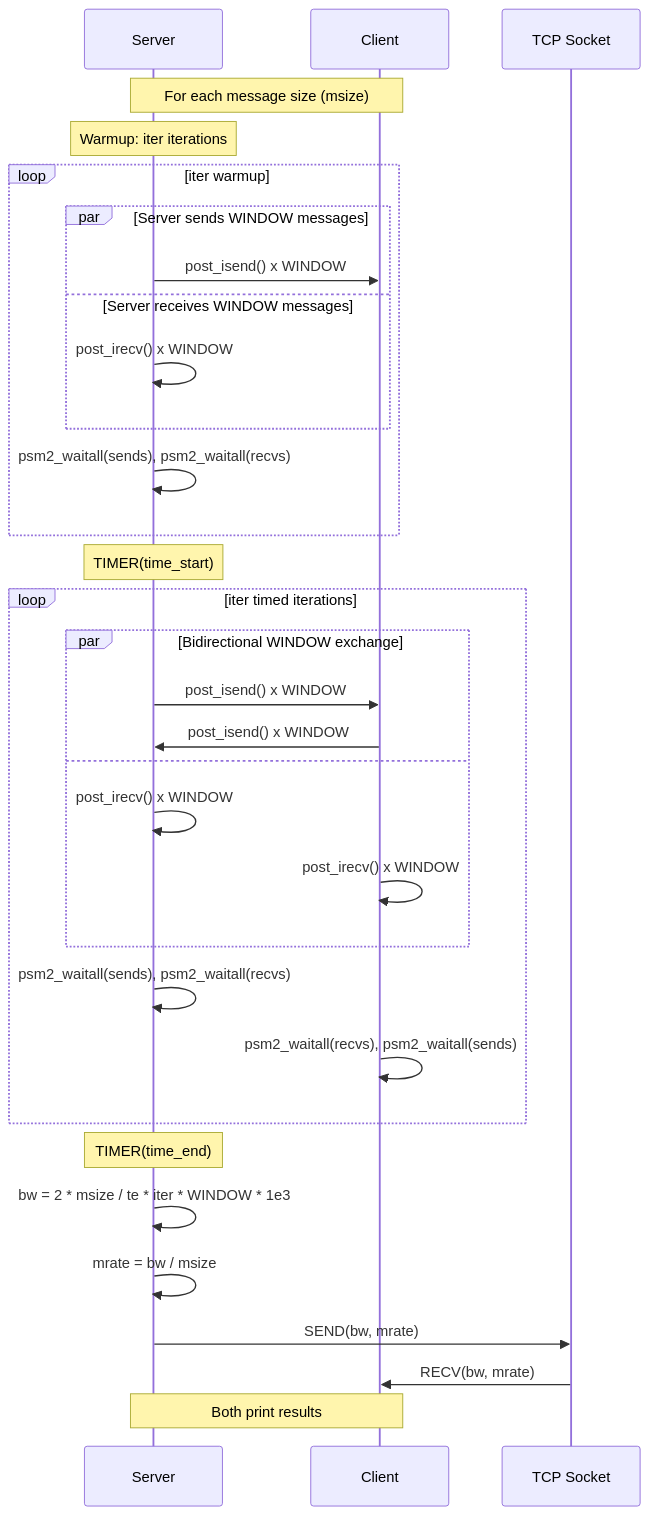
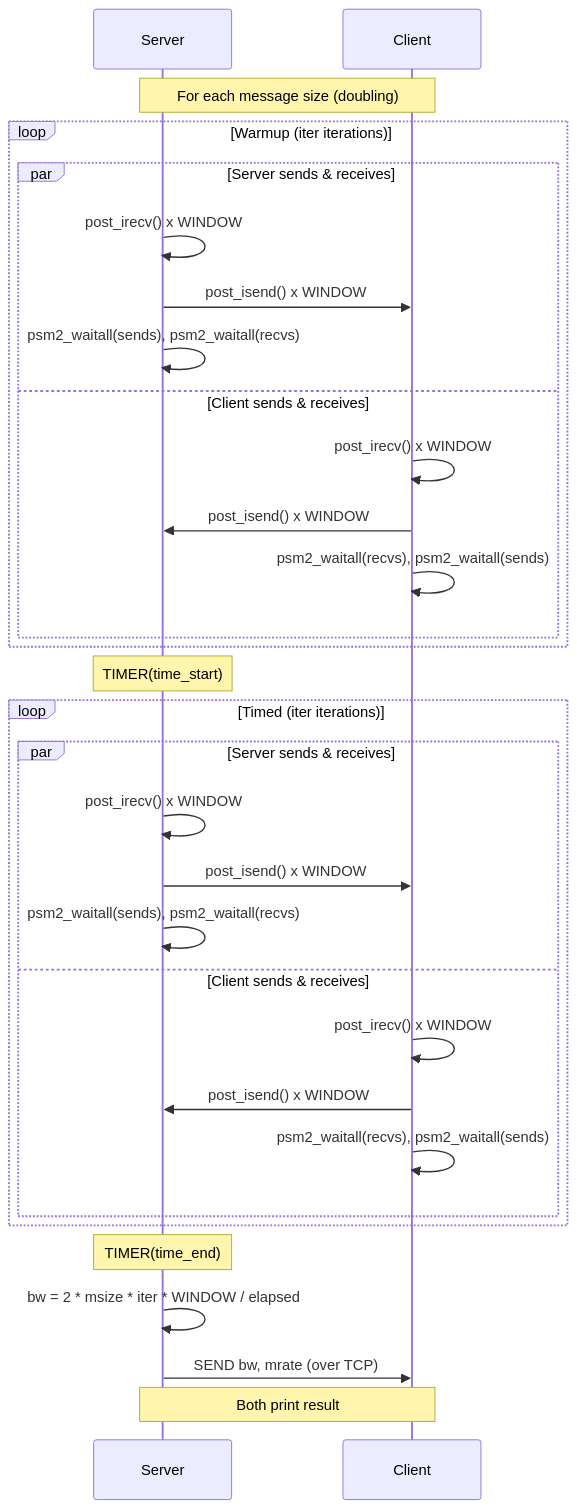
Before and after one commit to cornelisnetworks/opa-psm2-tests: the fourth of 4 diagrams in docs/opa-psm2-tests.md, drawn with Mermaid. The commit also changed other lines of this file, not shown here.

````diff
--- a/docs/opa-psm2-tests.md
+++ b/docs/opa-psm2-tests.md
@@ -113,38 +114,37 @@
 ```mermaid
 sequenceDiagram
     participant Server
     participant Client
-    participant TCP as TCP Socket
 
-    Note over Server,Client: For each message size (msize)
+    Note over Server,Client: For each message size (doubling)
 
-    Note over Server: Warmup: iter iterations
-    loop iter warmup
-        par Server sends WINDOW messages
+    loop Warmup (iter iterations)
+        par Server sends & receives
+            Server->>Server: post_irecv() x WINDOW
             Server->>Client: post_isend() x WINDOW
-        and Server receives WINDOW messages
-            Server->>Server: post_irecv() x WINDOW
+            Server->>Server: psm2_waitall(sends), psm2_waitall(recvs)
+        and Client sends & receives
+            Client->>Client: post_irecv() x WINDOW
+            Client->>Server: post_isend() x WINDOW
+            Client->>Client: psm2_waitall(recvs), psm2_waitall(sends)
         end
-        Server->>Server: psm2_waitall(sends), psm2_waitall(recvs)
     end
 
     Note over Server: TIMER(time_start)
-    loop iter timed iterations
-        par Bidirectional WINDOW exchange
+    loop Timed (iter iterations)
+        par Server sends & receives
+            Server->>Server: post_irecv() x WINDOW
             Server->>Client: post_isend() x WINDOW
+            Server->>Server: psm2_waitall(sends), psm2_waitall(recvs)
+        and Client sends & receives
+            Client->>Client: post_irecv() x WINDOW
             Client->>Server: post_isend() x WINDOW
-        and
-            Server->>Server: post_irecv() x WINDOW
-            Client->>Client: post_irecv() x WINDOW
+            Client->>Client: psm2_waitall(recvs), psm2_waitall(sends)
         end
-        Server->>Server: psm2_waitall(sends), psm2_waitall(recvs)
-        Client->>Client: psm2_waitall(recvs), psm2_waitall(sends)
     end
     Note over Server: TIMER(time_end)
 
-    Server->>Server: bw = 2 * msize / te * iter * WINDOW * 1e3
-    Server->>Server: mrate = bw / msize
-    Server->>TCP: SEND(bw, mrate)
-    TCP->>Client: RECV(bw, mrate)
-    Note over Server,Client: Both print results
+    Server->>Server: bw = 2 * msize * iter * WINDOW / elapsed
+    Server->>Client: SEND bw, mrate (over TCP)
+    Note over Server,Client: Both print result
 ```
````
